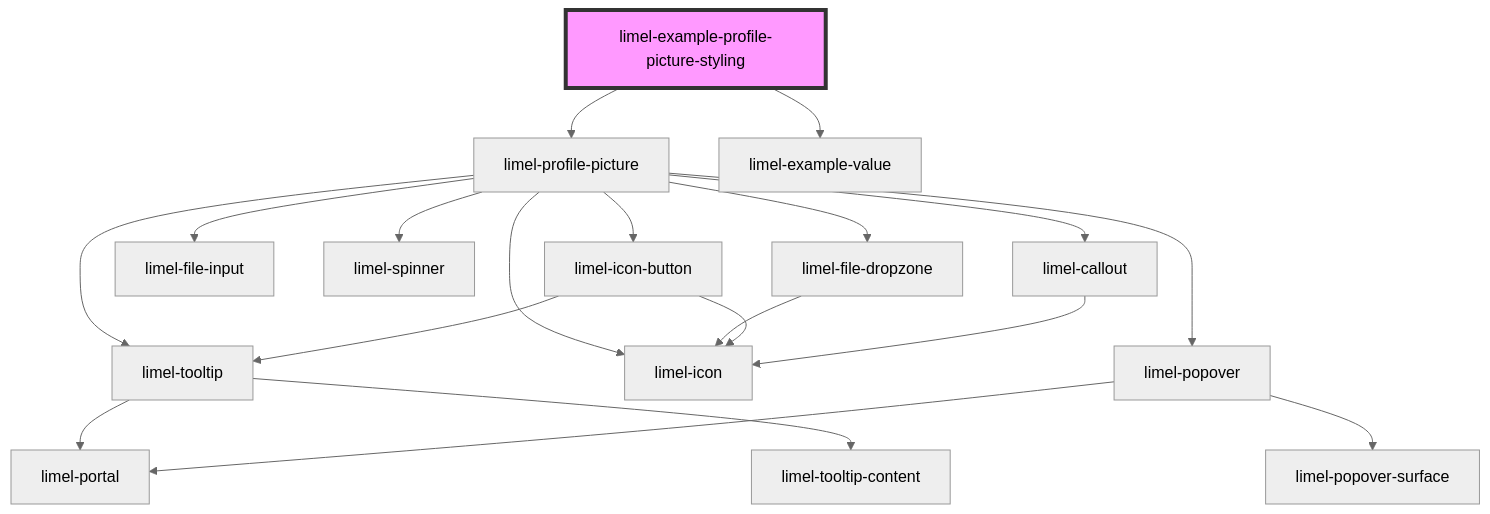
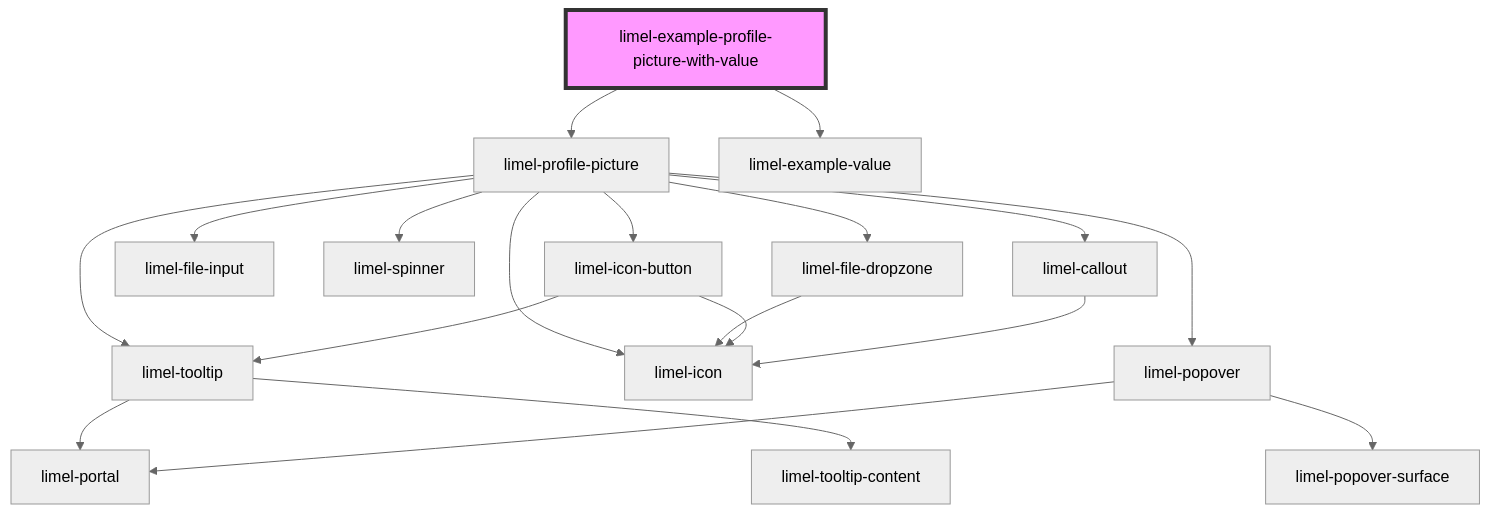
Before and after one commit to Lundalogik/lime-elements: the diagram in versions/PR-3924/markdown-docs/components/profile-picture/examples/readme.md, drawn with Mermaid (neutral theme). The commit also changed other lines of this file and 4 other files, not shown here.

````diff
--- a/versions/PR-3924/markdown-docs/components/profile-picture/examples/readme.md
+++ b/versions/PR-3924/markdown-docs/components/profile-picture/examples/readme.md
@@ -25,22 +17,22 @@
 ```mermaid
 graph TD;
-  limel-example-profile-picture-styling --> limel-profile-picture
-  limel-example-profile-picture-styling --> limel-example-value
+  limel-example-profile-picture-with-value --> limel-profile-picture
+  limel-example-profile-picture-with-value --> limel-example-value
   limel-profile-picture --> limel-tooltip
   limel-profile-picture --> limel-file-dropzone
   limel-profile-picture --> limel-file-input
   limel-profile-picture --> limel-icon
   limel-profile-picture --> limel-spinner
   limel-profile-picture --> limel-popover
   limel-profile-picture --> limel-icon-button
   limel-profile-picture --> limel-callout
   limel-tooltip --> limel-portal
   limel-tooltip --> limel-tooltip-content
   limel-file-dropzone --> limel-icon
   limel-popover --> limel-portal
   limel-popover --> limel-popover-surface
   limel-icon-button --> limel-icon
   limel-icon-button --> limel-tooltip
   limel-callout --> limel-icon
-  style limel-example-profile-picture-styling fill:#f9f,stroke:#333,stroke-width:4px
+  style limel-example-profile-picture-with-value fill:#f9f,stroke:#333,stroke-width:4px
 ```
````
